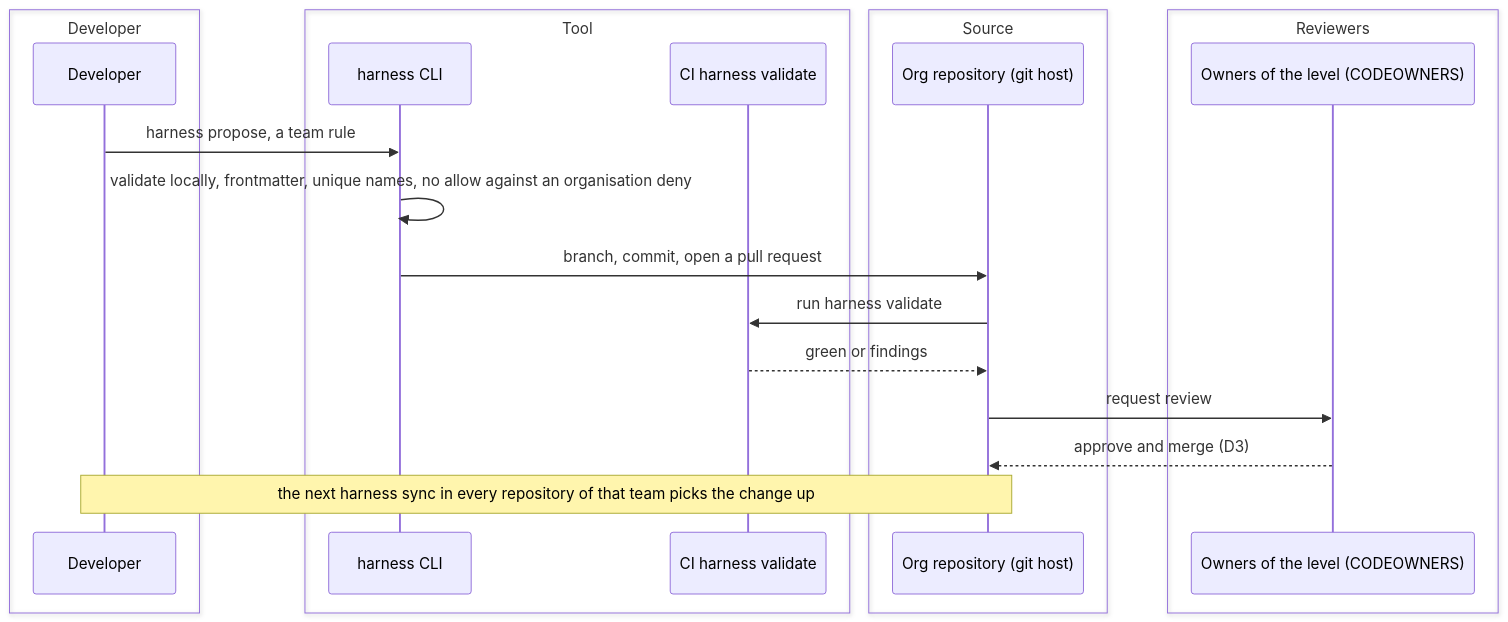
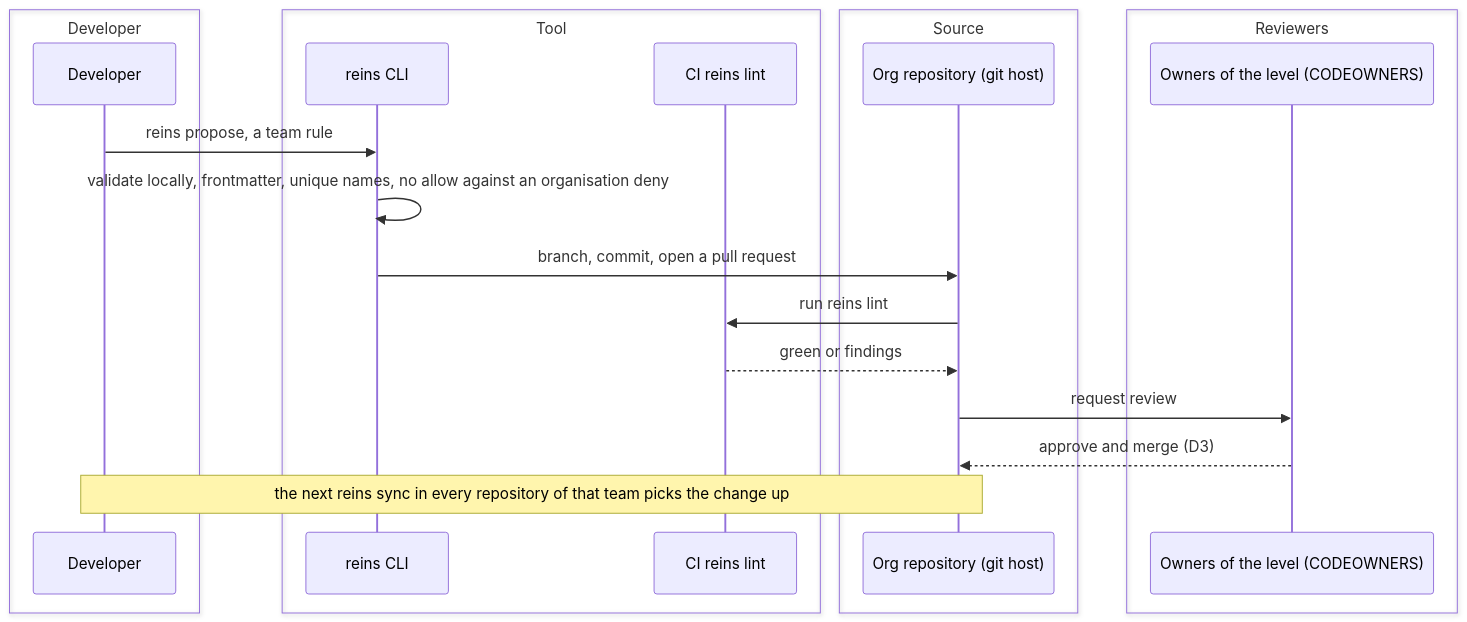
The fourth of 4 diagrams in docs/implementation_plans/2026-10-11_harness-distribution-tool.md (Danidani23/agents-rein), drawn with Mermaid before and after one commit. The commit also changed other lines of this file, not shown here.

First line of the commit message:
docs(plans): board and design for reins, the harness distribution tool

````diff
--- a/docs/implementation_plans/2026-10-11_harness-distribution-tool.md
+++ b/docs/implementation_plans/2026-10-11_harness-distribution-tool.md
@@ -267,24 +339,24 @@
 ```mermaid
 sequenceDiagram
     box Developer
         participant D as Developer
     end
     box Tool
-        participant HS as harness CLI
-        participant CI as CI harness validate
+        participant HS as reins CLI
+        participant CI as CI reins lint
     end
     box Source
         participant SR as Org repository (git host)
     end
     box Reviewers
         participant RV as Owners of the level (CODEOWNERS)
     end
-    D->>HS: harness propose, a team rule
+    D->>HS: reins propose, a team rule
     HS->>HS: validate locally, frontmatter, unique names, no allow against an organisation deny
     HS->>SR: branch, commit, open a pull request
-    SR->>CI: run harness validate
+    SR->>CI: run reins lint
     CI-->>SR: green or findings
     SR->>RV: request review
     RV-->>SR: approve and merge (D3)
-    Note over SR,D: the next harness sync in every repository of that team picks the change up
+    Note over SR,D: the next reins sync in every repository of that team picks the change up
 ```
````
